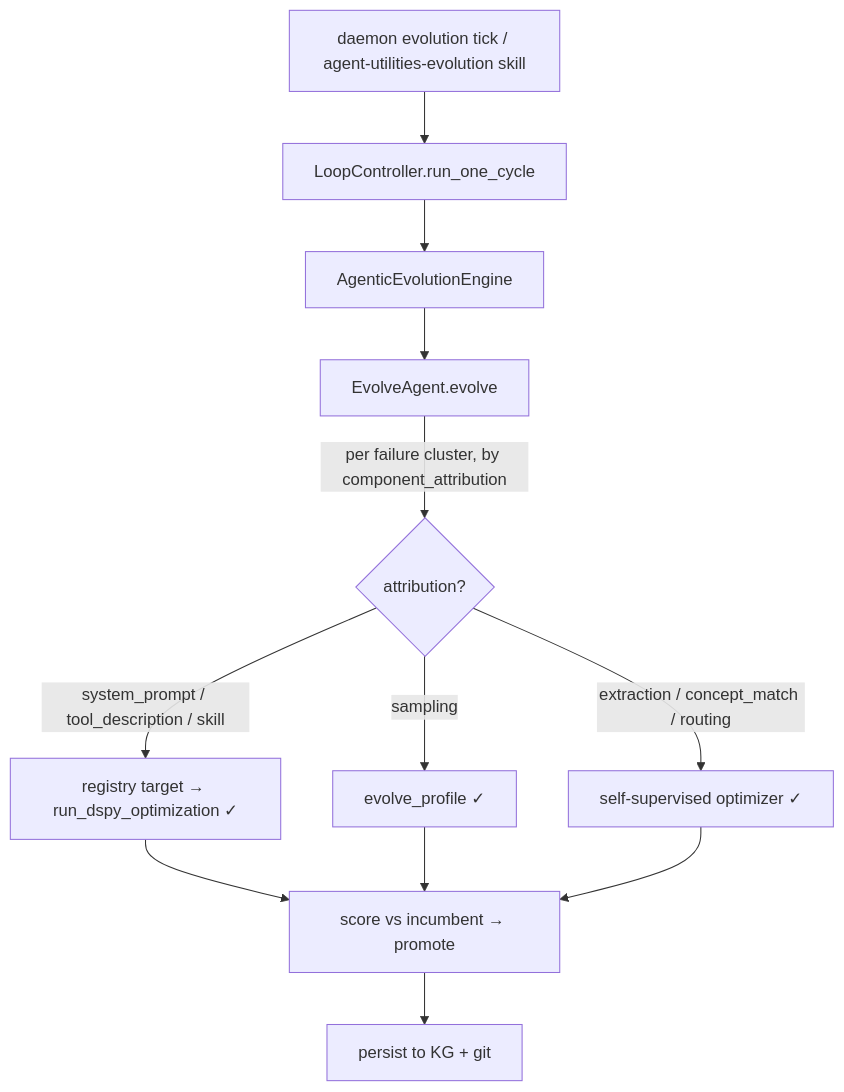
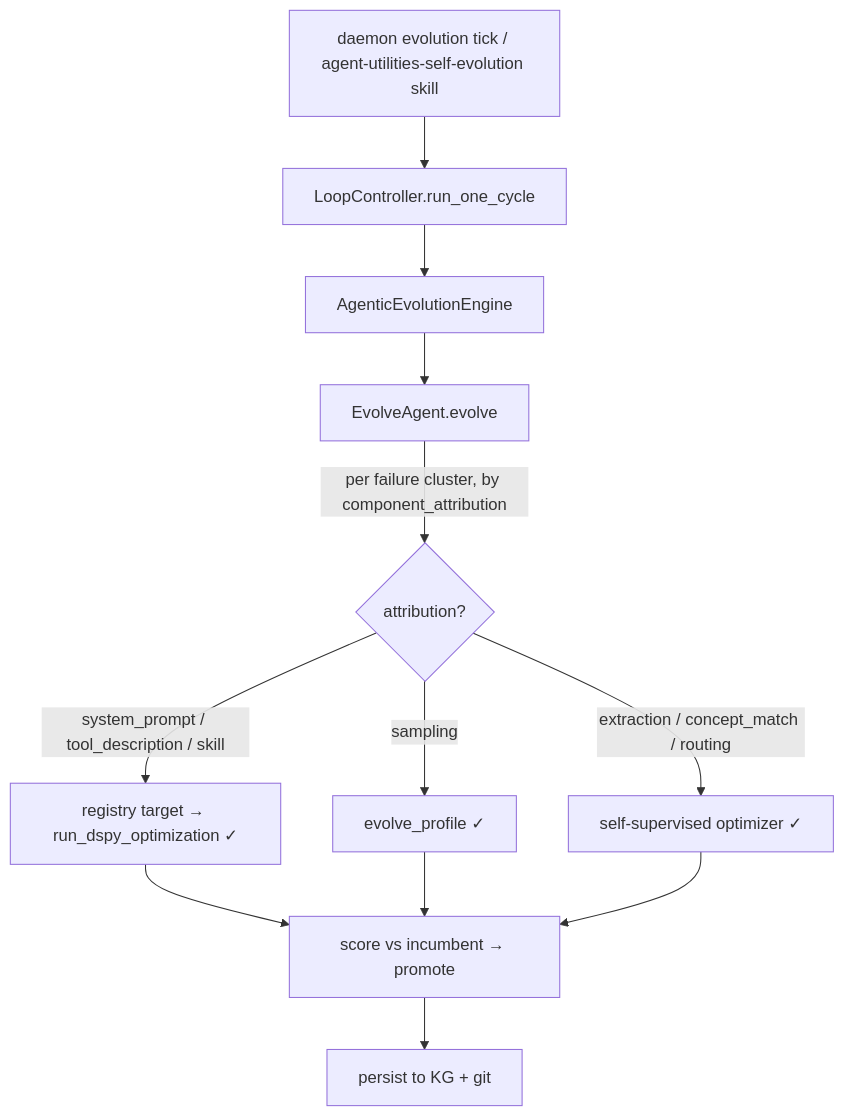
One commit to Knuckles-Team/agent-utilities changed the fifth of 6 diagrams in docs/architecture/evolvable_surface.md. Above: the diagram before and after it, drawn with Mermaid. The commit also changed other lines of this file and 155 other files, not shown here.

````diff
--- a/docs/architecture/evolvable_surface.md
+++ b/docs/architecture/evolvable_surface.md
@@ -206,12 +206,12 @@
 ```mermaid
 flowchart TD
-    TICK["daemon evolution tick / agent-utilities-evolution skill"] --> LC["LoopController.run_one_cycle"]
+    TICK["daemon evolution tick / agent-utilities-self-evolution skill"] --> LC["LoopController.run_one_cycle"]
     LC --> AEE["AgenticEvolutionEngine"]
     AEE --> EVA["EvolveAgent.evolve"]
     EVA -->|"per failure cluster, by component_attribution"| BR{"attribution?"}
     BR -->|"system_prompt / tool_description / skill"| D1["registry target → run_dspy_optimization ✓"]
     BR -->|"sampling"| D2["evolve_profile ✓"]
     BR -->|"extraction / concept_match / routing"| D3["self-supervised optimizer ✓"]
     D1 & D2 & D3 --> SUB["score vs incumbent → promote"]
     SUB --> KGB["persist to KG + git"]
 ```
````
